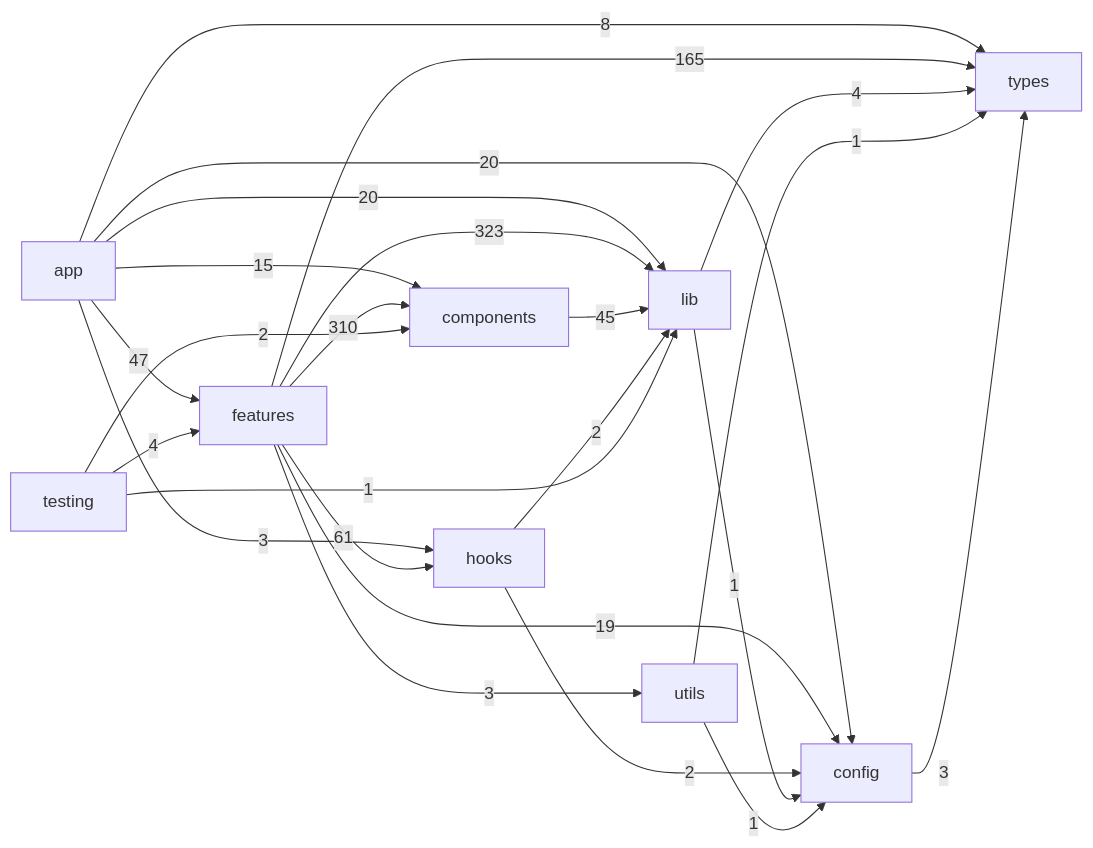
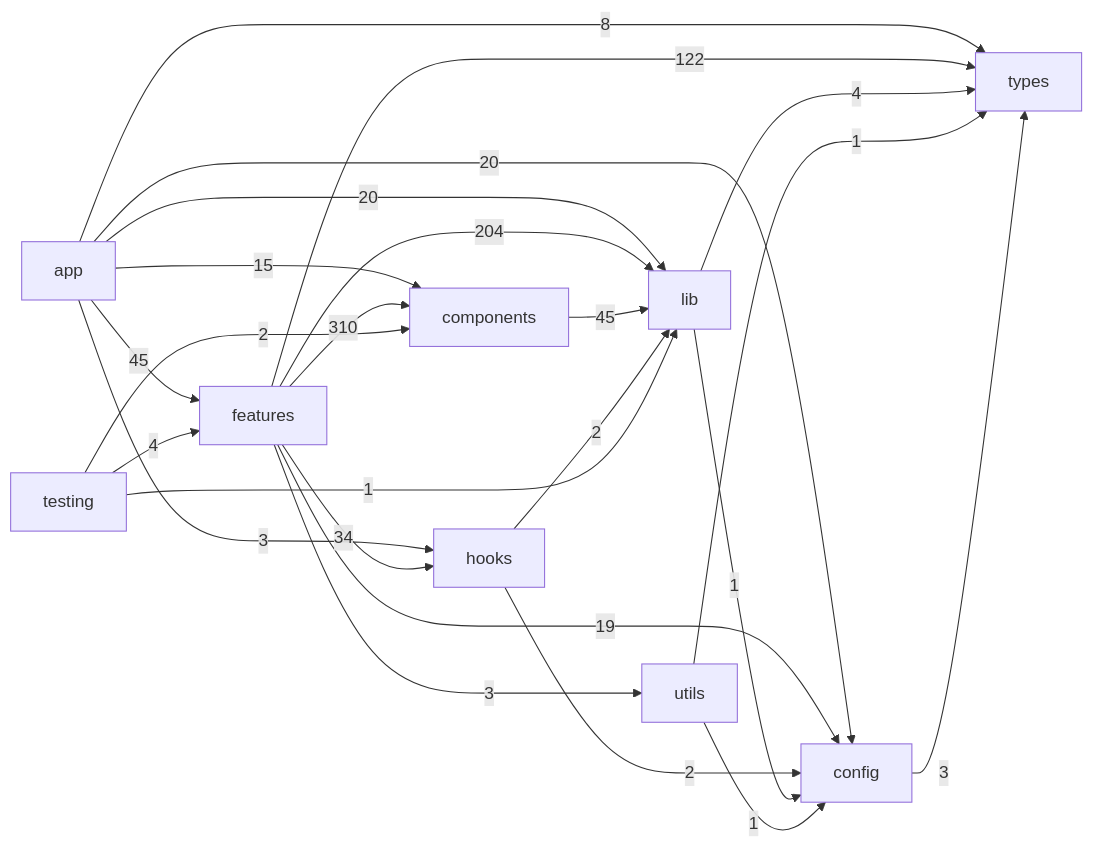
One commit to JohnnyZhao2/LMS changed the diagram in lms_frontend/docs/generated/feature-dependency-graph.md. Above: the diagram before and after it, drawn with Mermaid. The commit also changed other lines of this file and 188 other files, not shown here.

````diff
--- a/lms_frontend/docs/generated/feature-dependency-graph.md
+++ b/lms_frontend/docs/generated/feature-dependency-graph.md
@@ -7,35 +7,35 @@
 ```mermaid
 flowchart LR
   app["app"]
   features["features"]
   components["components"]
   hooks["hooks"]
   lib["lib"]
   utils["utils"]
   config["config"]
   testing["testing"]
   types["types"]
-  app -->|47| features
+  app -->|45| features
   app -->|15| components
   app -->|3| hooks
   app -->|20| lib
   app -->|20| config
   app -->|8| types
   features -->|310| components
-  features -->|61| hooks
-  features -->|323| lib
+  features -->|34| hooks
+  features -->|204| lib
   features -->|3| utils
   features -->|19| config
-  features -->|165| types
+  features -->|122| types
   components -->|45| lib
   hooks -->|2| lib
   hooks -->|2| config
   lib -->|1| config
   lib -->|4| types
   utils -->|1| config
   utils -->|1| types
   config -->|3| types
   testing -->|4| features
   testing -->|2| components
   testing -->|1| lib
 ```
````
